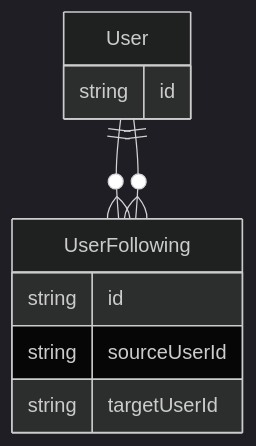
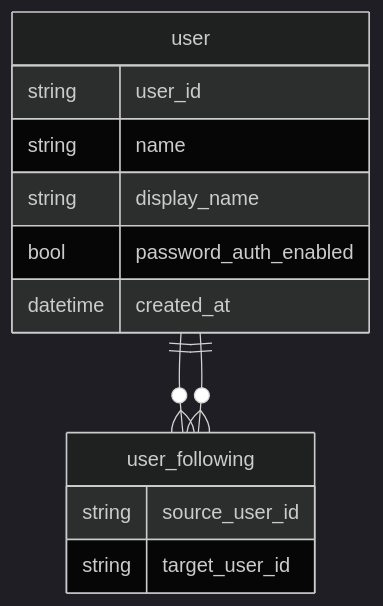
The fifth of 8 diagrams in backend/docs/db.md (frost-community/frost), drawn with Mermaid (dark theme) before and after one commit. The commit also changed other lines of this file, not shown here.

````diff
--- a/backend/docs/db.md
+++ b/backend/docs/db.md
@@ -96,15 +110,18 @@
 ```mermaid
 erDiagram
-  User {
-    string id
+  user {
+    string user_id
+    string name
+    string display_name
+    bool password_auth_enabled
+    datetime created_at
   }
 
-  UserFollowing {
-    string id
-    string sourceUserId
-    string targetUserId
+  user ||--o{ user_following : ""
+  user_following }o--|| user : ""
+
+  user_following {
+    string source_user_id
+    string target_user_id
   }
-
-  User ||--o{ UserFollowing : ""
-  UserFollowing }o--|| User : ""
 ```
````
